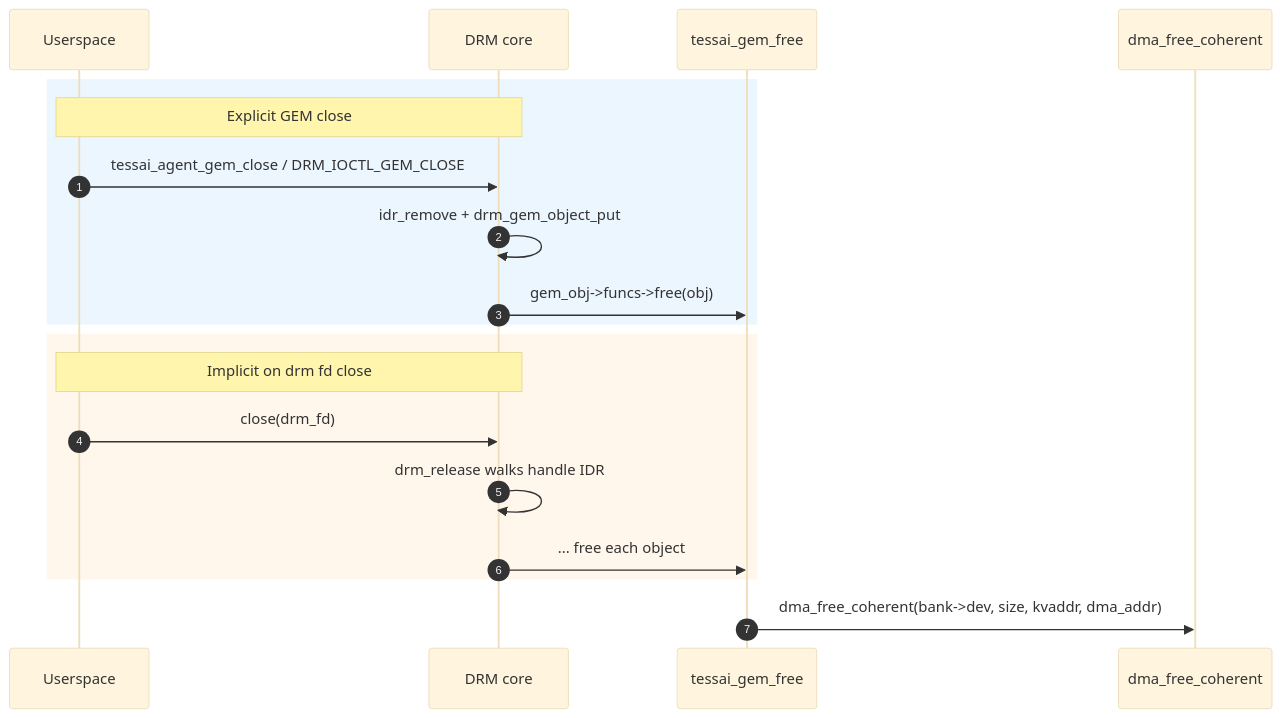
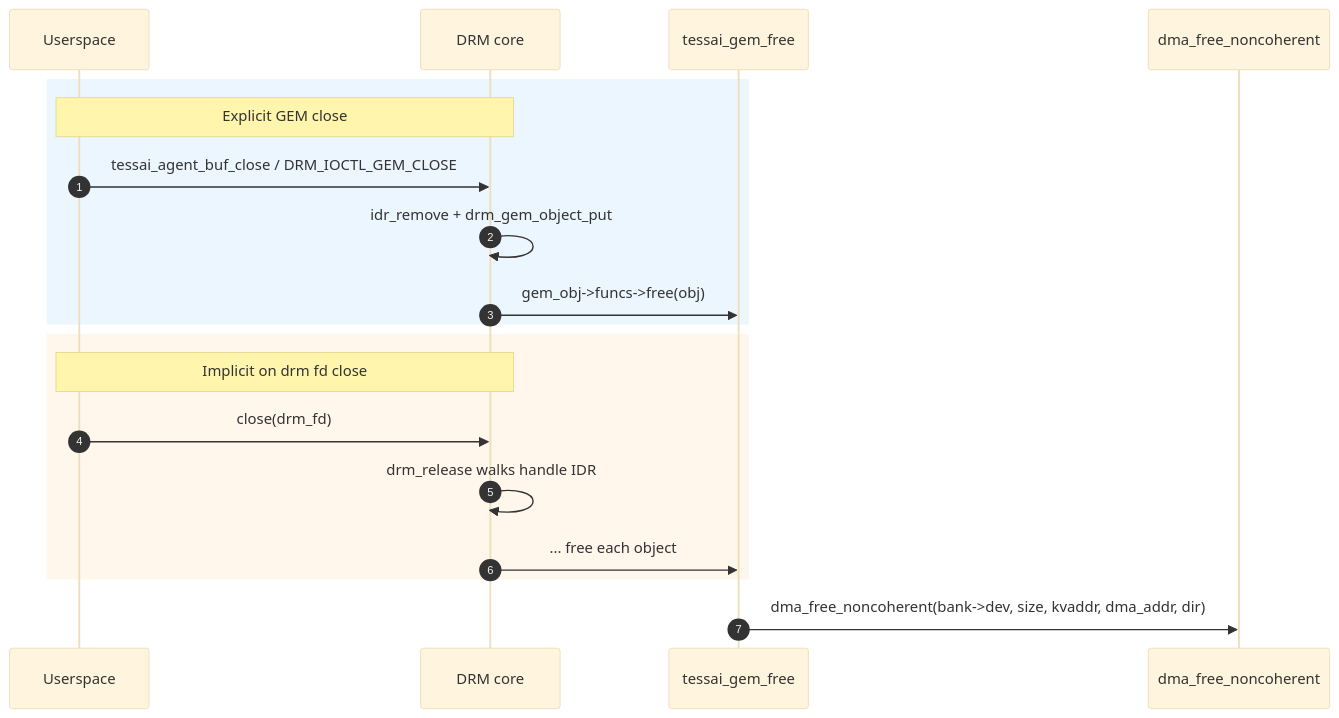
The sixth of 6 diagrams in docs/buffer-management.md (Xilinx/amdrnpu), drawn with Mermaid (base theme) before and after one commit. The commit also changed other lines of this file and 4 other files, not shown here.

First line of the commit message:
docs: tessai-agent protocol, buffers, and CMA pool usage

````diff
--- a/docs/buffer-management.md
+++ b/docs/buffer-management.md
@@ -184,24 +220,24 @@
 ```mermaid
 sequenceDiagram
     autonumber
     participant U as Userspace
     participant CORE as DRM core
     participant K as tessai_gem_free
-    participant DMA as dma_free_coherent
+    participant DMA as dma_free_noncoherent
 
     rect rgba(180,220,255,0.25)
     Note over U,CORE: Explicit GEM close
-    U->>CORE: tessai_agent_gem_close / DRM_IOCTL_GEM_CLOSE
+    U->>CORE: tessai_agent_buf_close / DRM_IOCTL_GEM_CLOSE
     CORE->>CORE: idr_remove + drm_gem_object_put
     CORE->>K: gem_obj->funcs->free(obj)
     end
 
     rect rgba(255,220,180,0.25)
     Note over U,CORE: Implicit on drm fd close
     U->>CORE: close(drm_fd)
     CORE->>CORE: drm_release walks handle IDR
     CORE->>K: ... free each object
     end
 
-    K->>DMA: dma_free_coherent(bank->dev, size, kvaddr, dma_addr)
+    K->>DMA: dma_free_noncoherent(bank->dev, size, kvaddr, dma_addr, dir)
 ```
````
